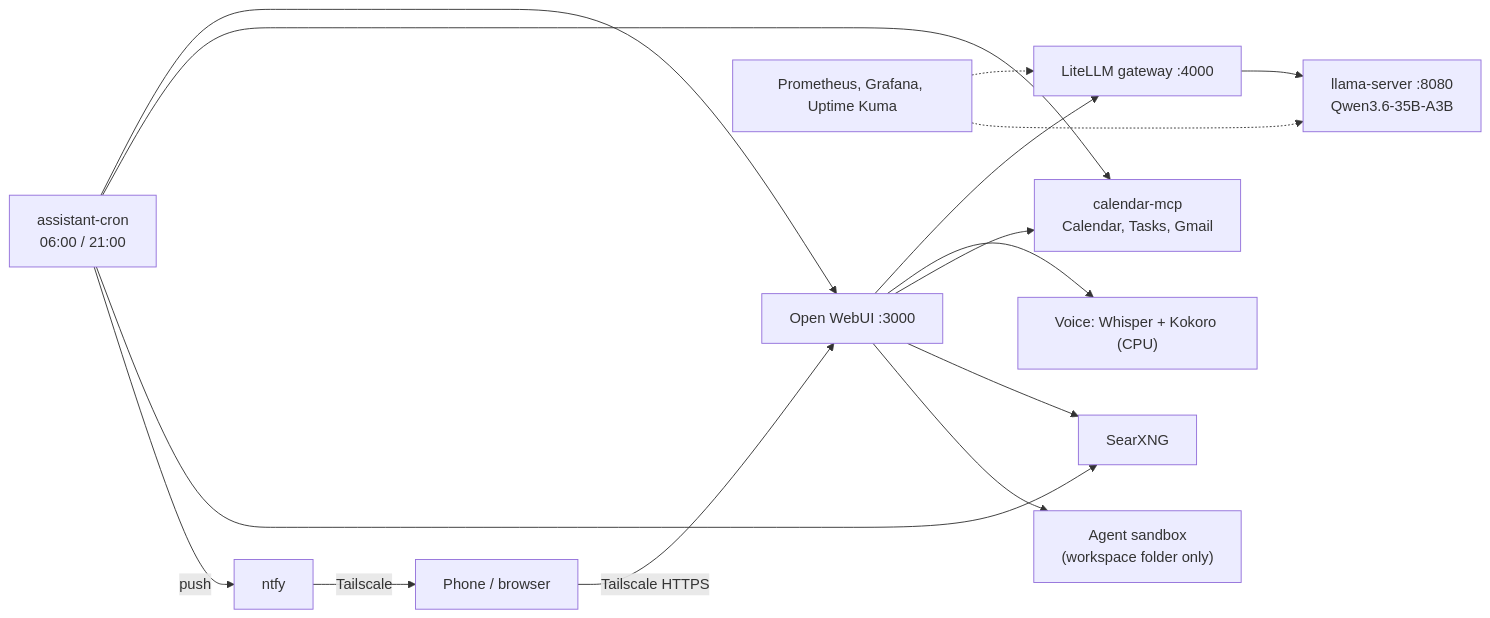
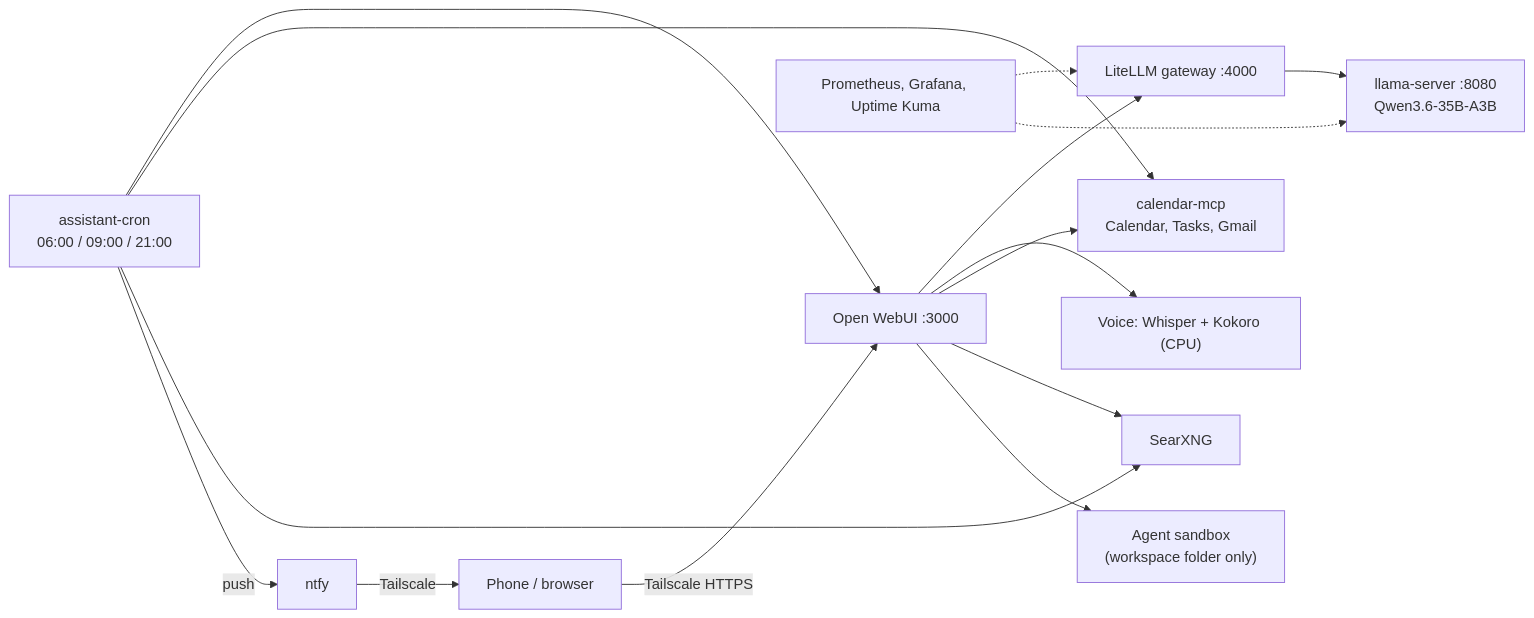
Before and after one commit to lcduc/ULTRON: the diagram in README.md, drawn with Mermaid. The commit also changed other lines of this file and 24 other files, not shown here.

````diff
--- a/README.md
+++ b/README.md
@@ -24,17 +24,17 @@
 ```mermaid
 flowchart LR
     Dev["Phone / browser"] -->|Tailscale HTTPS| OW["Open WebUI :3000"]
     OW --> LL["LiteLLM gateway :4000"]
     LL --> LS["llama-server :8080<br/>Qwen3.6-35B-A3B"]
     OW --> Voice["Voice: Whisper + Kokoro (CPU)"]
     OW --> MCP["calendar-mcp<br/>Calendar, Tasks, Gmail"]
     OW --> Search["SearXNG"]
     OW --> Box["Agent sandbox<br/>(workspace folder only)"]
-    Cron["assistant-cron<br/>06:00 / 21:00"] --> OW
+    Cron["assistant-cron<br/>06:00 / 09:00 / 21:00"] --> OW
     Cron --> MCP
     Cron --> Search
     Cron -->|push| Ntfy["ntfy"]
     Ntfy -->|Tailscale| Dev
     Mon["Prometheus, Grafana, Uptime Kuma"] -.-> LL
     Mon -.-> LS
 ```
````
